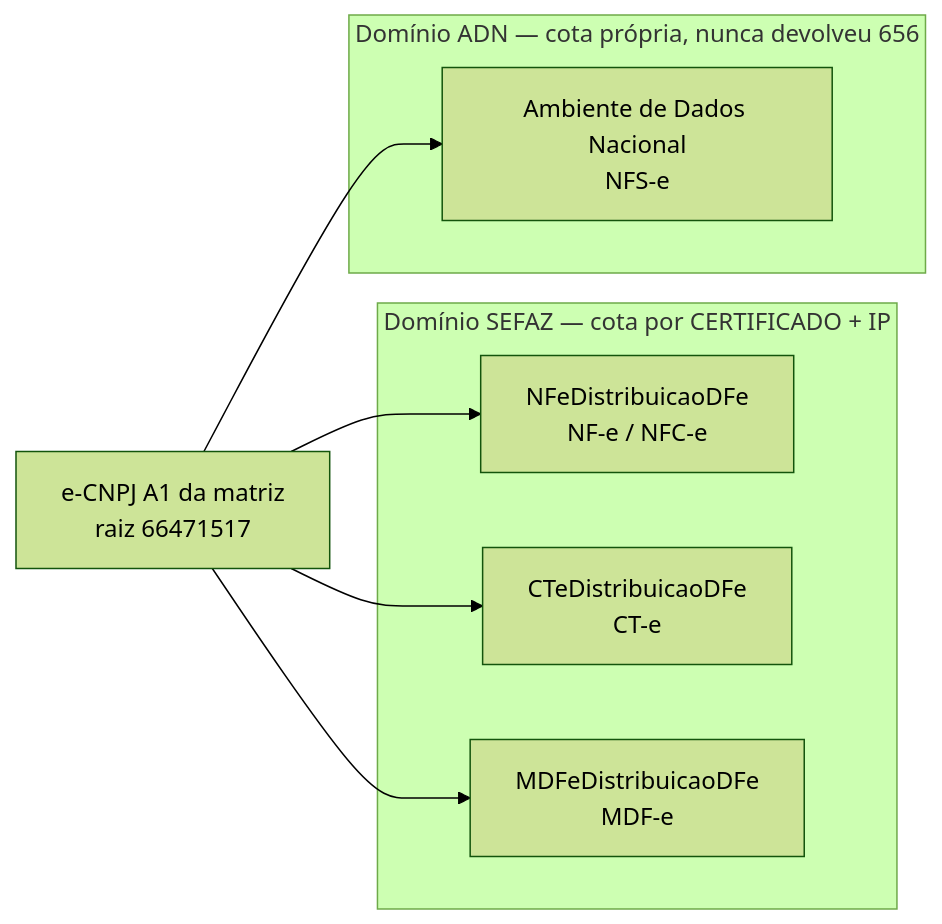
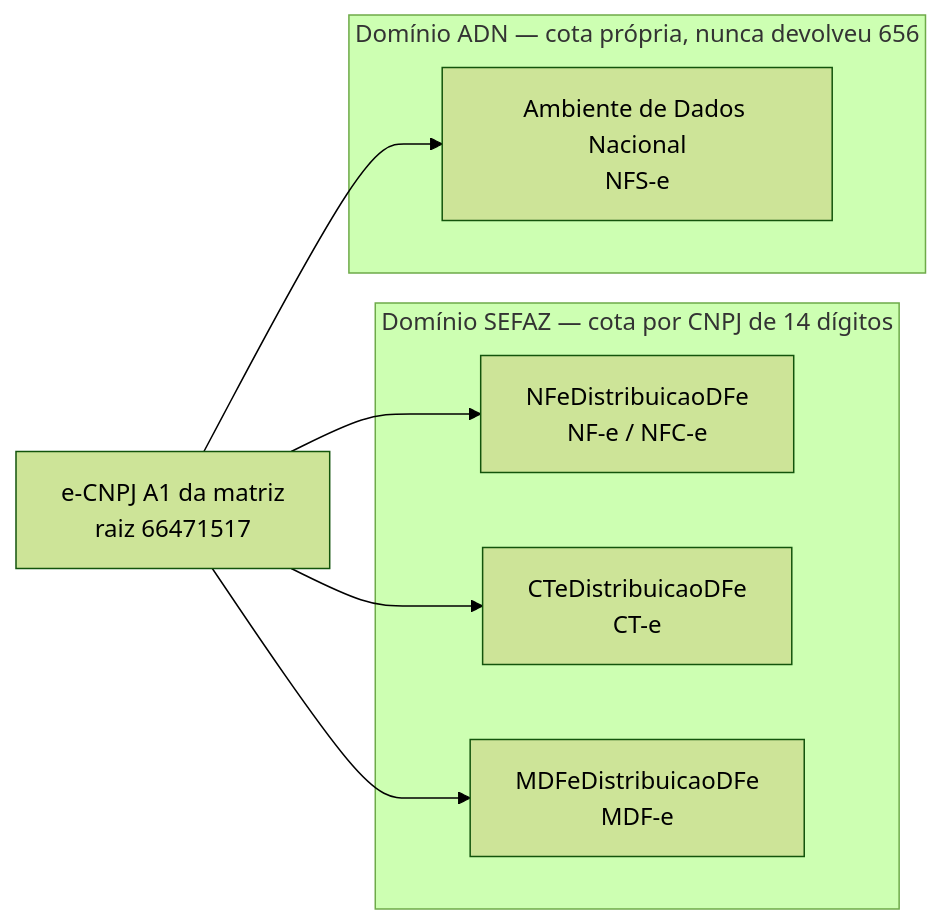
Before and after one commit to jbmchd/dpc-claude-folder: the first of 2 diagrams in docs/nfe_dfe/docs/02_conhecimento-sefaz.md, drawn with Mermaid (forest theme). The commit also changed other lines of this file and 13 other files, not shown here.

````diff
--- a/docs/nfe_dfe/docs/02_conhecimento-sefaz.md
+++ b/docs/nfe_dfe/docs/02_conhecimento-sefaz.md
@@ -35,13 +35,13 @@
 ```mermaid
 flowchart LR
-    subgraph SEFAZ["Domínio SEFAZ — cota por CERTIFICADO + IP"]
+    subgraph SEFAZ["Domínio SEFAZ — cota por CNPJ de 14 dígitos"]
         NFE["NFeDistribuicaoDFe<br/>NF-e / NFC-e"]
         CTE["CTeDistribuicaoDFe<br/>CT-e"]
         MDFE["MDFeDistribuicaoDFe<br/>MDF-e"]
     end
     subgraph ADN["Domínio ADN — cota própria, nunca devolveu 656"]
         NFSE["Ambiente de Dados Nacional<br/>NFS-e"]
     end
     CERT["e-CNPJ A1 da matriz<br/>raiz 66471517"] --> NFE & CTE & MDFE
     CERT --> NFSE
 ```
````
